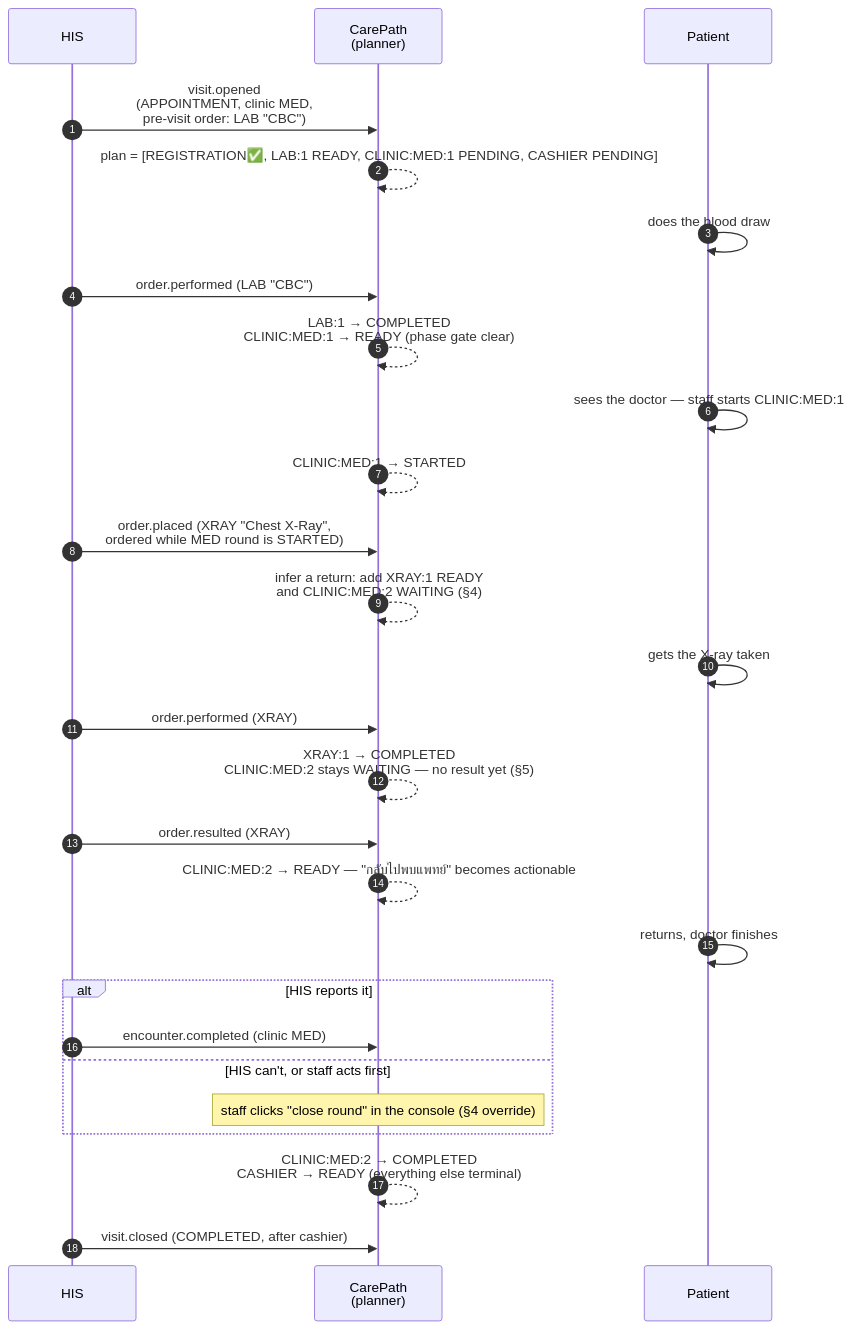
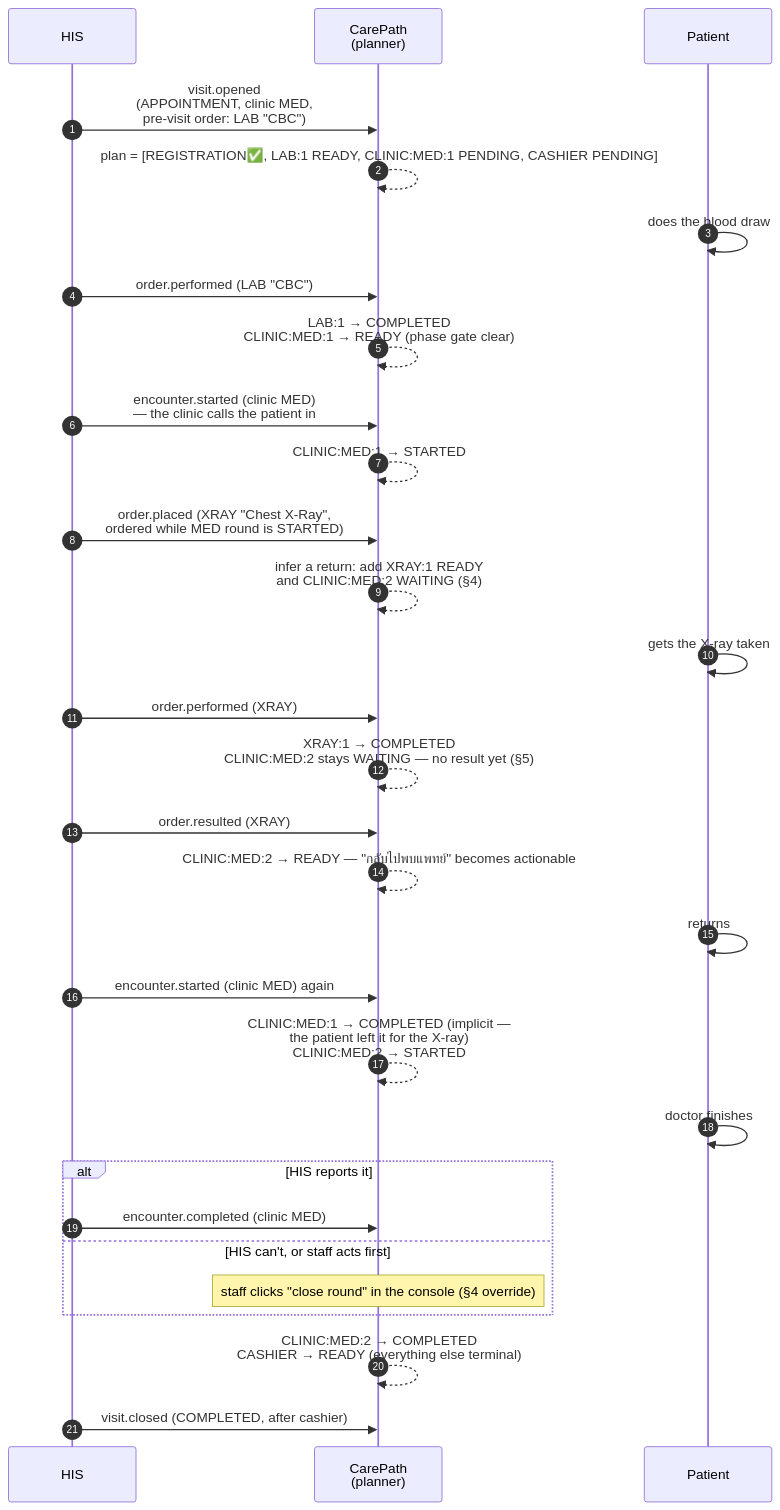
Before and after one commit to somprasongd/carepath: the second of 2 diagrams in docs/integration/mock-his.md, drawn with Mermaid. The commit also changed other lines of this file and 10 other files, not shown here.

First line of the commit message:
Add encounter.started: HIS-driven call-in and round starts

````diff
--- a/docs/integration/mock-his.md
+++ b/docs/integration/mock-his.md
@@ -122,30 +122,33 @@
 ```mermaid
 sequenceDiagram
     autonumber
     participant HIS as HIS
     participant CP as CarePath<br/>(planner)
     participant Pt as Patient
 
     HIS->>CP: visit.opened<br/>(APPOINTMENT, clinic MED,<br/>pre-visit order: LAB "CBC")
     CP-->>CP: plan = [REGISTRATION✅, LAB:1 READY, CLINIC:MED:1 PENDING, CASHIER PENDING]
     Pt->>Pt: does the blood draw
     HIS->>CP: order.performed (LAB "CBC")
     CP-->>CP: LAB:1 → COMPLETED<br/>CLINIC:MED:1 → READY (phase gate clear)
-    Pt->>Pt: sees the doctor — staff starts CLINIC:MED:1
+    HIS->>CP: encounter.started (clinic MED)<br/>— the clinic calls the patient in
     CP-->>CP: CLINIC:MED:1 → STARTED
     HIS->>CP: order.placed (XRAY "Chest X-Ray",<br/>ordered while MED round is STARTED)
     CP-->>CP: infer a return: add XRAY:1 READY<br/>and CLINIC:MED:2 WAITING (§4)
     Pt->>Pt: gets the X-ray taken
     HIS->>CP: order.performed (XRAY)
     CP-->>CP: XRAY:1 → COMPLETED<br/>CLINIC:MED:2 stays WAITING — no result yet (§5)
     HIS->>CP: order.resulted (XRAY)
     CP-->>CP: CLINIC:MED:2 → READY — "กลับไปพบแพทย์" becomes actionable
-    Pt->>Pt: returns, doctor finishes
+    Pt->>Pt: returns
+    HIS->>CP: encounter.started (clinic MED) again
+    CP-->>CP: CLINIC:MED:1 → COMPLETED (implicit —<br/>the patient left it for the X-ray)<br/>CLINIC:MED:2 → STARTED
+    Pt->>Pt: doctor finishes
     alt HIS reports it
         HIS->>CP: encounter.completed (clinic MED)
     else HIS can't, or staff acts first
         Note over CP: staff clicks "close round" in the console (§4 override)
     end
     CP-->>CP: CLINIC:MED:2 → COMPLETED<br/>CASHIER → READY (everything else terminal)
     HIS->>CP: visit.closed (COMPLETED, after cashier)
 ```
````
